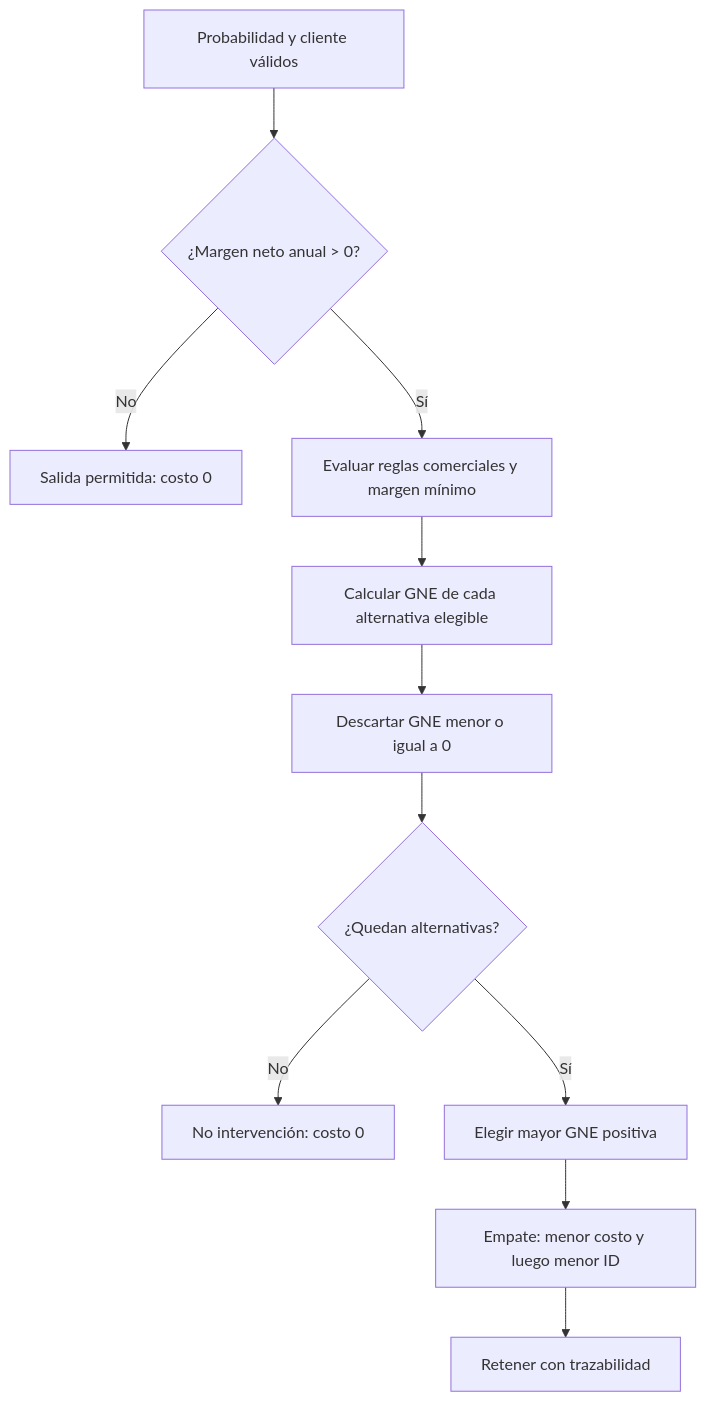
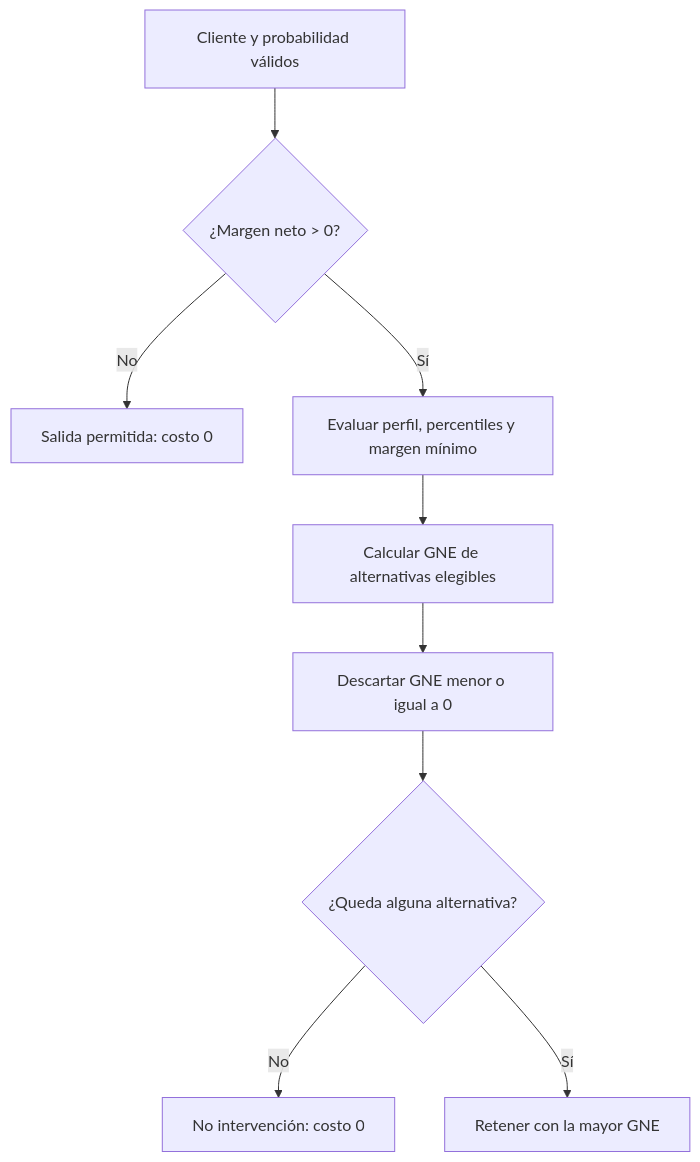
Before and after one commit to An2k24Dm/project-AI: the diagram in docs/financial-model.md, drawn with Mermaid. The commit also changed other lines of this file and 19 other files, not shown here.

````diff
--- a/docs/financial-model.md
+++ b/docs/financial-model.md
@@ -69,13 +107,11 @@
 ```mermaid
 flowchart TD
-    A[Probabilidad y cliente válidos] --> B{¿Margen neto anual > 0?}
+    A[Cliente y probabilidad válidos] --> B{¿Margen neto > 0?}
     B -->|No| S[Salida permitida: costo 0]
-    B -->|Sí| C[Evaluar reglas comerciales y margen mínimo]
-    C --> D[Calcular GNE de cada alternativa elegible]
+    B -->|Sí| C[Evaluar perfil, percentiles y margen mínimo]
+    C --> D[Calcular GNE de alternativas elegibles]
     D --> E[Descartar GNE menor o igual a 0]
-    E --> F{¿Quedan alternativas?}
+    E --> F{¿Queda alguna alternativa?}
     F -->|No| N[No intervención: costo 0]
-    F -->|Sí| G[Elegir mayor GNE positiva]
-    G --> H[Empate: menor costo y luego menor ID]
-    H --> R[Retener con trazabilidad]
+    F -->|Sí| R[Retener con la mayor GNE]
 ```
````
